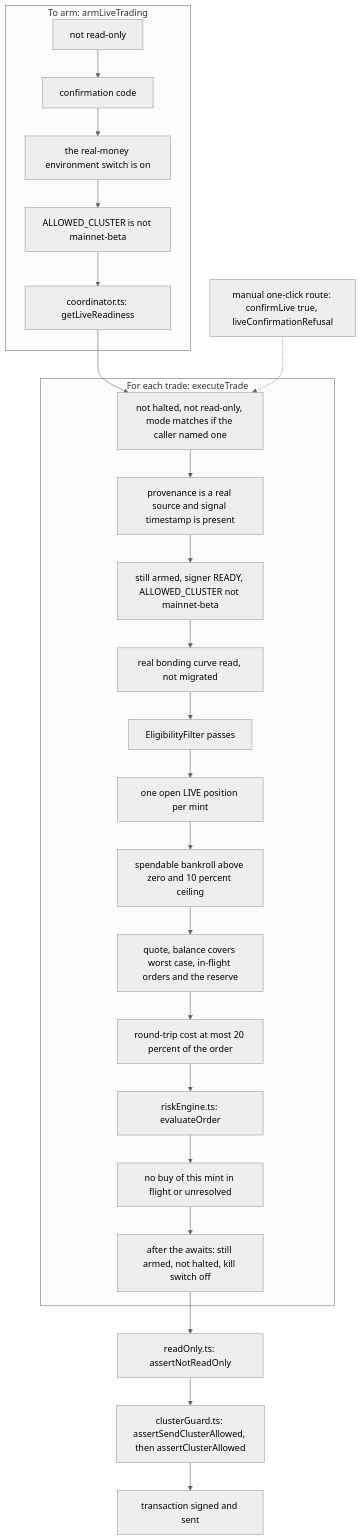
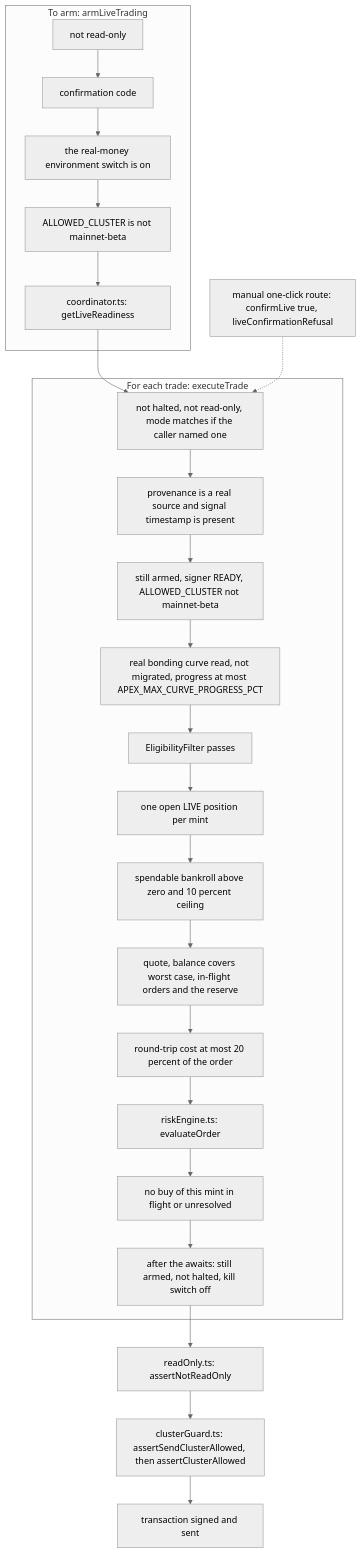
The third of 3 diagrams in docs/ARCHITECTURE.md (ttcdm/hft), drawn with Mermaid (neutral theme) before and after one commit. The commit also changed other lines of this file and 25 other files, not shown here.

````diff
--- a/docs/ARCHITECTURE.md
+++ b/docs/ARCHITECTURE.md
@@ -116,27 +118,27 @@
 ```mermaid
 flowchart TD
   subgraph arm["To arm: armLiveTrading"]
     a0["not read-only"] --> a1["confirmation code"]
     a1 --> a2["the real-money environment switch is on"]
     a2 --> a2b["ALLOWED_CLUSTER is not mainnet-beta"]
     a2b --> a3["coordinator.ts: getLiveReadiness"]
   end
   a3 --> t0
   subgraph trade["For each trade: executeTrade"]
     t0["not halted, not read-only, mode matches if the caller named one"] --> t1["provenance is a real source and signal timestamp is present"]
     t1 --> t2["still armed, signer READY, ALLOWED_CLUSTER not mainnet-beta"]
-    t2 --> t3["real bonding curve read, not migrated"]
+    t2 --> t3["real bonding curve read, not migrated, progress at most APEX_MAX_CURVE_PROGRESS_PCT"]
     t3 --> t4["EligibilityFilter passes"]
     t4 --> t5["one open LIVE position per mint"]
     t5 --> t6["spendable bankroll above zero and 10 percent ceiling"]
     t6 --> t7["quote, balance covers worst case, in-flight orders and the reserve"]
     t7 --> t8["round-trip cost at most 20 percent of the order"]
     t8 --> t9["riskEngine.ts: evaluateOrder"]
     t9 --> t10["no buy of this mint in flight or unresolved"]
     t10 --> t11["after the awaits: still armed, not halted, kill switch off"]
   end
   t11 --> s0["readOnly.ts: assertNotReadOnly"]
   s0 --> s1["clusterGuard.ts: assertSendClusterAllowed, then assertClusterAllowed"]
   s1 --> s2["transaction signed and sent"]
   m["manual one-click route: confirmLive true, liveConfirmationRefusal"] -.-> t0
 ```
````
